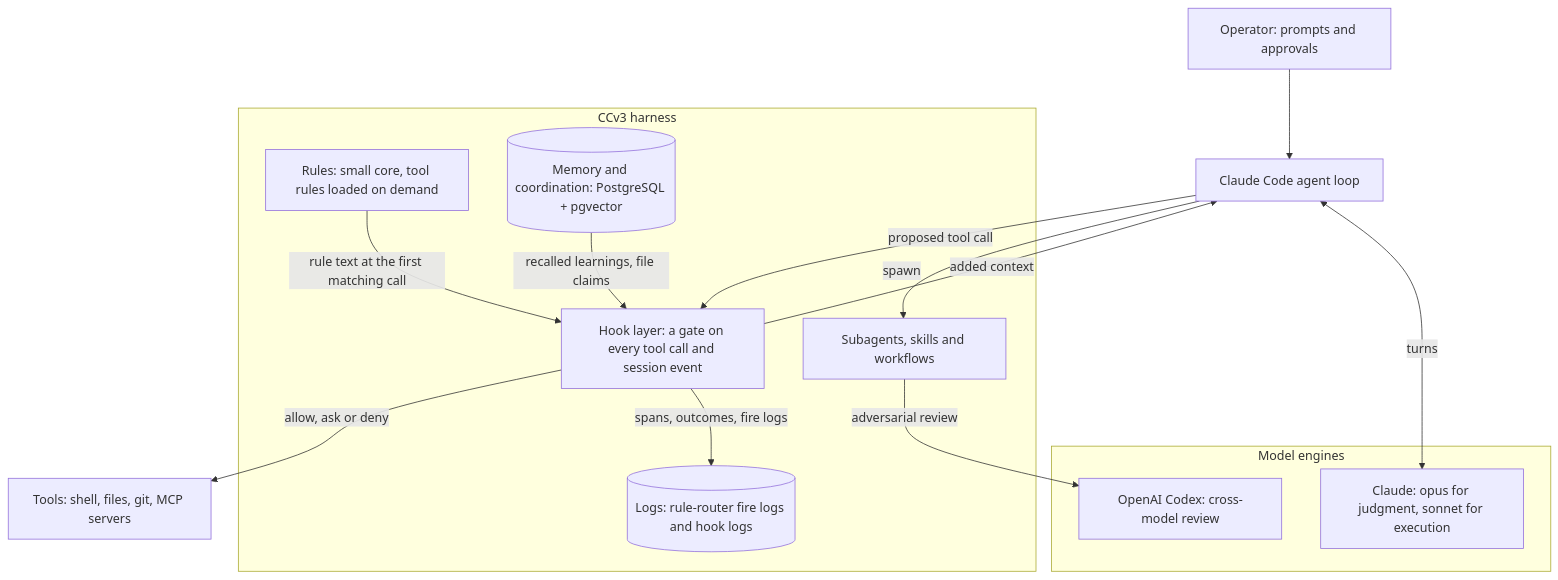
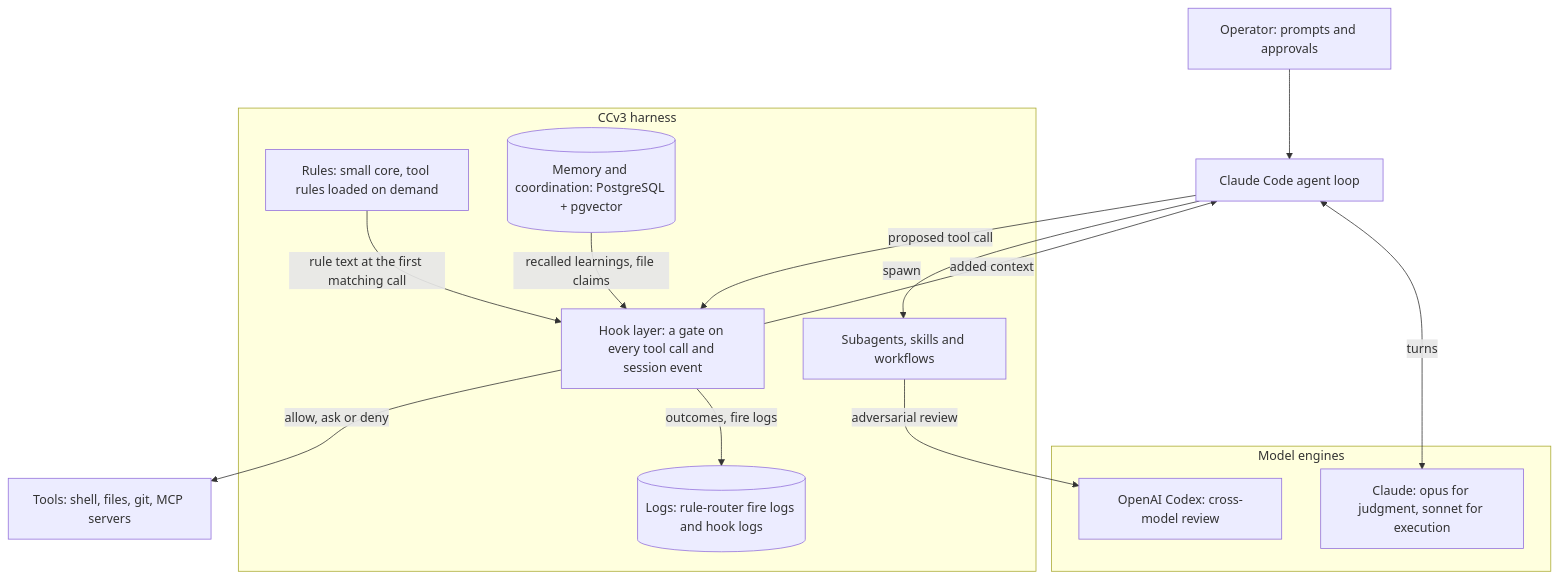
Before and after one commit to Rev4nchist/Continuous-Claude-v3: the diagram in README.md, drawn with Mermaid. The commit also changed other lines of this file and 3 other files, not shown here.

````diff
--- a/README.md
+++ b/README.md
@@ -34,31 +34,31 @@
 ```mermaid
 flowchart TB
     op["Operator: prompts and approvals"]
     loop["Claude Code agent loop"]
 
     subgraph engines["Model engines"]
         claude["Claude: opus for judgment, sonnet for execution"]
         codex["OpenAI Codex: cross-model review"]
     end
 
     subgraph harness["CCv3 harness"]
         hooks["Hook layer: a gate on every tool call and session event"]
         rules["Rules: small core, tool rules loaded on demand"]
         agents["Subagents, skills and workflows"]
         memory[("Memory and coordination: PostgreSQL + pgvector")]
         traces[("Logs: rule-router fire logs and hook logs")]
     end
 
     tools["Tools: shell, files, git, MCP servers"]
 
     op --> loop
     loop <-->|"turns"| claude
     loop -->|"proposed tool call"| hooks
     hooks -->|"allow, ask or deny"| tools
     rules -->|"rule text at the first matching call"| hooks
     memory -->|"recalled learnings, file claims"| hooks
     hooks -->|"added context"| loop
-    hooks -->|"spans, outcomes, fire logs"| traces
+    hooks -->|"outcomes, fire logs"| traces
     loop -->|"spawn"| agents
     agents -->|"adversarial review"| codex
 ```
````
